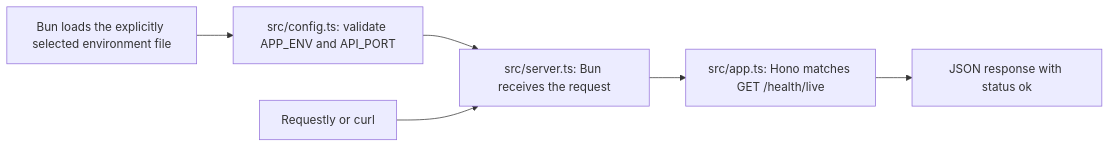
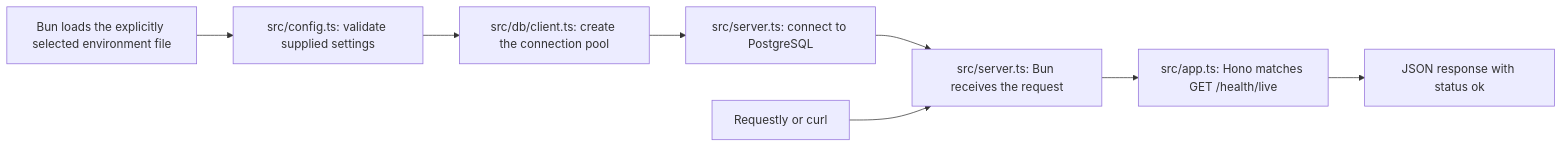
The diagram in README.md (jaminwebdev/hono-drizzle-api), drawn with Mermaid before and after one commit. The commit also changed other lines of this file and 8 other files, not shown here.

Commit message:
connect the API scaffold to PostgreSQL

````diff
--- a/README.md
+++ b/README.md
@@ -59,8 +66,10 @@
 ```mermaid
 flowchart LR
-    Bun["Bun loads the explicitly selected environment file"] --> Config["src/config.ts: validate APP_ENV and API_PORT"]
-    Config --> Server
+    Bun["Bun loads the explicitly selected environment file"] --> Config["src/config.ts: validate supplied settings"]
+    Config --> Database["src/db/client.ts: create the connection pool"]
+    Database --> Connect["src/server.ts: connect to PostgreSQL"]
+    Connect --> Server
     Client[Requestly or curl] --> Server["src/server.ts: Bun receives the request"]
     Server --> App["src/app.ts: Hono matches GET /health/live"]
     App --> Response["JSON response with status ok"]
 ```
````
